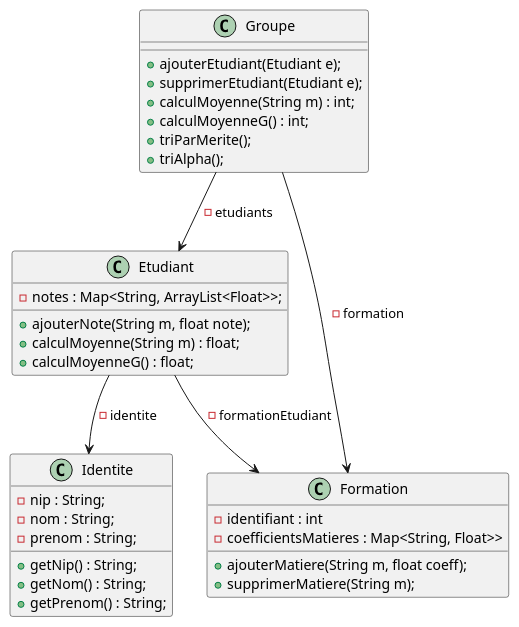
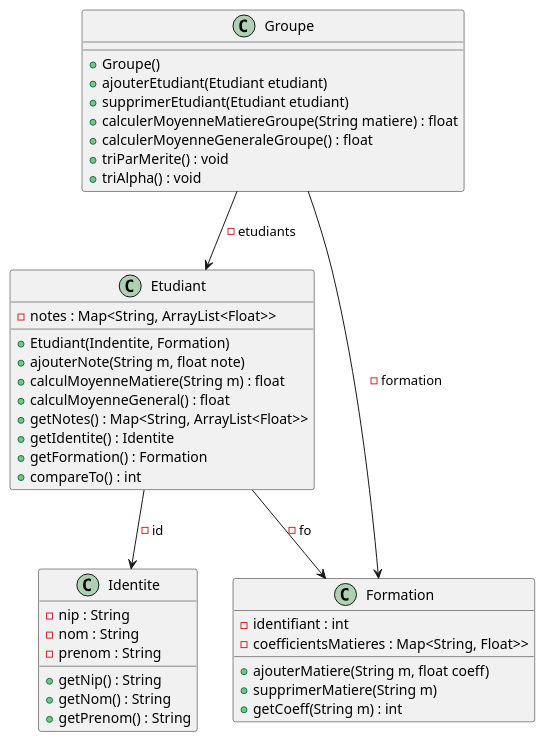
The diagram in diagramme_classe.puml (Arthur-Cappellina/TD2_CPOA_CAPPELLINA_MARZOUK), drawn with PlantUML before and after one commit. The commit also changed 2 other files, not shown here.

Commit message:
Réajustement diagramme

```diff
--- a/diagramme_classe.puml
+++ b/diagramme_classe.puml
@@ -1,51 +1,53 @@
 @startuml
 
 '''classes
 
 class Identite{
 
-    - nip : String;
-    - nom : String;
-    - prenom : String;
-    + getNip() : String;
-    + getNom() : String;
-    + getPrenom() : String;
+    - nip : String
+    - nom : String
+    - prenom : String
+    + getNip() : String
+    + getNom() : String
+    + getPrenom() : String
 
 }
 
 class Etudiant{
-    - notes : Map<String, ArrayList<Float>>;
-
-    + ajouterNote(String m, float note);
-    + calculMoyenne(String m) : float;
-    + calculMoyenneG() : float;
-
-
+    - notes : Map<String, ArrayList<Float>>
+    + Etudiant(Indentite, Formation)
+    + ajouterNote(String m, float note)
+    + calculMoyenneMatiere(String m) : float
+    + calculMoyenneGeneral() : float
+    + getNotes() : Map<String, ArrayList<Float>>
+    + getIdentite() : Identite
+    + getFormation() : Formation
+    + compareTo() : int
 }
 
 class Formation{
     - identifiant : int
     - coefficientsMatieres : Map<String, Float>>
 
-    + ajouterMatiere(String m, float coeff);
-    + supprimerMatiere(String m);
-
+    + ajouterMatiere(String m, float coeff)
+    + supprimerMatiere(String m)
+    + getCoeff(String m) : int
 }
 
 class Groupe{
-
-    + ajouterEtudiant(Etudiant e);
-    + supprimerEtudiant(Etudiant e);
-    + calculMoyenne(String m) : int;
-    + calculMoyenneG() : int;
-    + triParMerite();
-    + triAlpha();
+    + Groupe()
+    + ajouterEtudiant(Etudiant etudiant)
+    + supprimerEtudiant(Etudiant etudiant)
+    + calculerMoyenneMatiereGroupe(String matiere) : float
+    + calculerMoyenneGeneraleGroupe() : float
+    + triParMerite() : void
+    + triAlpha() : void
 
 }
 
 
 Groupe --> Etudiant : - etudiants
-Etudiant --> Identite : - identite
-Etudiant --> Formation : - formationEtudiant
+Etudiant --> Identite : - id
+Etudiant --> Formation : - fo
 Groupe --> Formation : - formation
 @enduml
```
